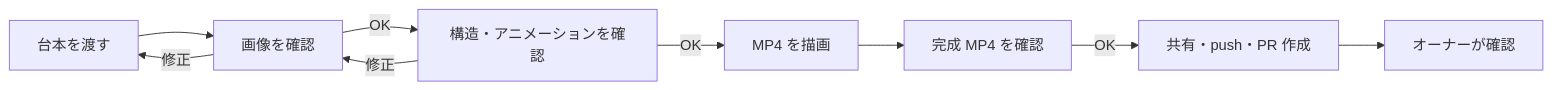
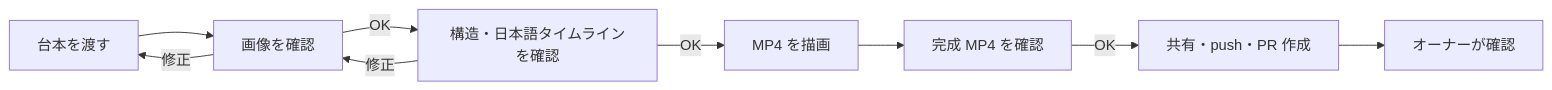
Before and after one commit to kyomu-movie/aka-movie: the diagram in docs/member-guide-ja.md, drawn with Mermaid. The commit also changed other lines of this file and 22 other files, not shown here.

````diff
--- a/docs/member-guide-ja.md
+++ b/docs/member-guide-ja.md
@@ -89,11 +90,11 @@
 ```mermaid
 flowchart LR
   A[台本を渡す] --> B[画像を確認]
   B -->|修正| A
-  B -->|OK| C[構造・アニメーションを確認]
+  B -->|OK| C[構造・日本語タイムラインを確認]
   C -->|修正| B
   C -->|OK| D[MP4 を描画]
   D --> E[完成 MP4 を確認]
   E -->|OK| F[共有・push・PR 作成]
   F --> G[オーナーが確認]
 ```
````
